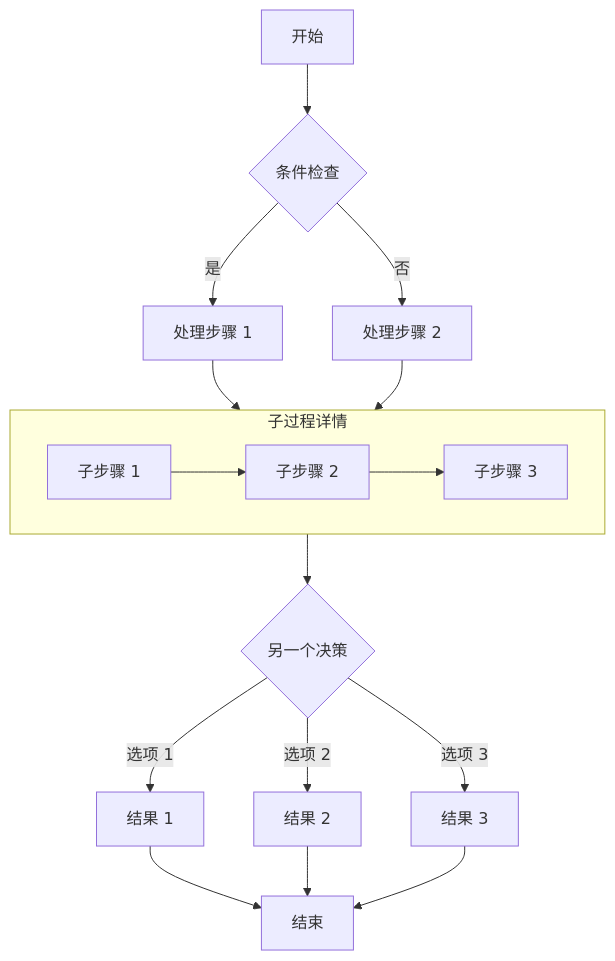
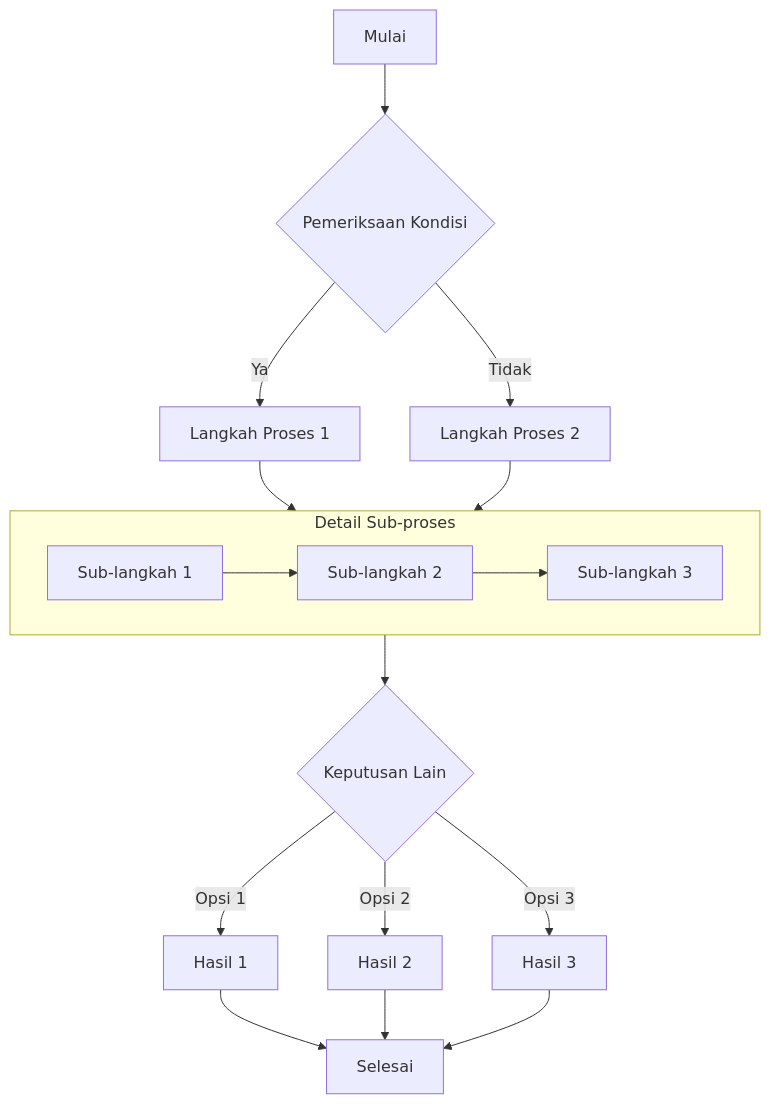
Before and after one commit to abqoryme/LightKira: the first of 6 diagrams in src/content/posts/markdown-mermaid.md, drawn with Mermaid. The commit also changed other lines of this file and 12 other files, not shown here.

````diff
--- a/src/content/posts/markdown-mermaid.md
+++ b/src/content/posts/markdown-mermaid.md
@@ -21,19 +18,20 @@
 ```mermaid
 graph TD
-    A[开始] --> B{条件检查}
-    B -->|是| C[处理步骤 1]
-    B -->|否| D[处理步骤 2]
-    C --> E[子过程]
+    A[Mulai] --> B{Pemeriksaan Kondisi}
+    B -->|Ya| C[Langkah Proses 1]
+    B -->|Tidak| D[Langkah Proses 2]
+    C --> E[Sub-proses]
     D --> E
-    subgraph E [子过程详情]
-        E1[子步骤 1] --> E2[子步骤 2]
-        E2 --> E3[子步骤 3]
+    subgraph E [Detail Sub-proses]
+        E1[Sub-langkah 1] --> E2[Sub-langkah 2]
+        E2 --> E3[Sub-langkah 3]
     end
-    E --> F{另一个决策}
-    F -->|选项 1| G[结果 1]
-    F -->|选项 2| H[结果 2]
-    F -->|选项 3| I[结果 3]
-    G --> J[结束]
+    E --> F{Keputusan Lain}
+    F -->|Opsi 1| G[Hasil 1]
+    F -->|Opsi 2| H[Hasil 2]
+    F -->|Opsi 3| I[Hasil 3]
+    G --> J[Selesai]
     H --> J
     I --> J
+
 ```
````
